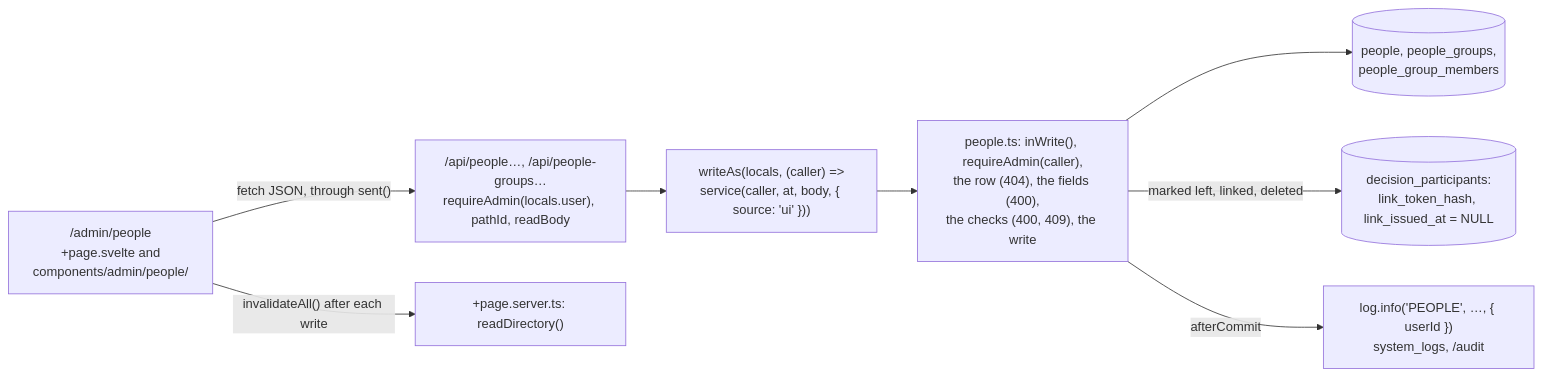
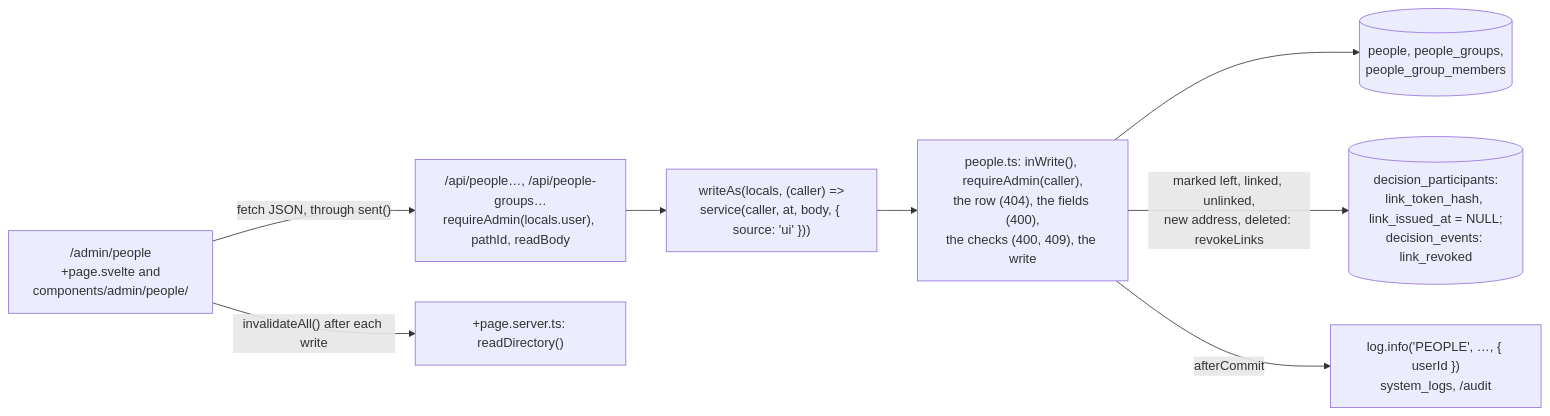
One commit to gitBoon/DumpFire changed diagram 18 of 45 in docs/architecture.md. Above: the diagram before and after it, drawn with Mermaid. The commit also changed other lines of this file and 34 other files, not shown here.

````diff
--- a/docs/architecture.md
+++ b/docs/architecture.md
@@ -1119,10 +1120,10 @@
 ```mermaid
 flowchart LR
     Page["/admin/people<br/>+page.svelte and<br/>components/admin/people/"] -->|"fetch JSON, through sent()"| Route["/api/people…, /api/people-groups…<br/>requireAdmin(locals.user), pathId, readBody"]
     Route --> WA["writeAs(locals, (caller) =><br/>service(caller, at, body, { source: 'ui' }))"]
     WA --> Svc["people.ts: inWrite(), requireAdmin(caller),<br/>the row (404), the fields (400),<br/>the checks (400, 409), the write"]
     Svc --> DB[("people, people_groups,<br/>people_group_members")]
-    Svc -->|"marked left, linked, deleted"| DP[("decision_participants:<br/>link_token_hash, link_issued_at = NULL")]
+    Svc -->|"marked left, linked, unlinked,<br/>new address, deleted: revokeLinks"| DP[("decision_participants:<br/>link_token_hash, link_issued_at = NULL;<br/>decision_events: link_revoked")]
     Svc -->|"afterCommit"| Log["log.info('PEOPLE', …, { userId })<br/>system_logs, /audit"]
     Page -->|"invalidateAll() after each write"| Load["+page.server.ts: readDirectory()"]
 ```
````
